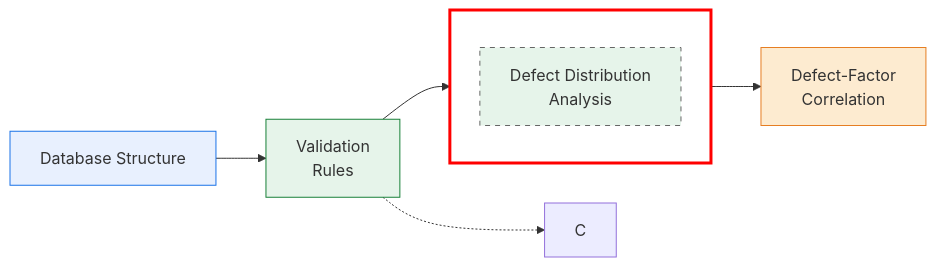
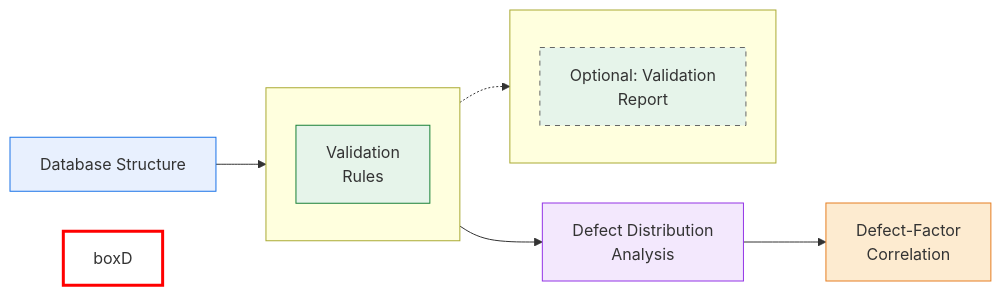
Before and after one commit to SewerDefectAnalysis/Defect_description: the diagram in README.md, drawn with Mermaid.

````diff
--- a/README.md
+++ b/README.md
@@ -9,33 +9,37 @@
 ```mermaid
 %%{init: {'flowchart': {'nodeSpacing': 40, 'rankSpacing': 50}}}%%
 flowchart LR
 
     A[Database Structure]:::data --> B[Validation<br/>Rules]:::validation
     B --> D[Defect Distribution<br/>Analysis]:::analysis
     D --> E[Defect-Factor<br/>Correlation]:::analysisP2
 
+    subgraph boxB[ ]
+        direction TB
+        B
+    end
 
-    subgraph boxD[ ]
+    subgraph boxC[ ]
         direction TB
-        D[Defect Distribution<br/>Analysis]:::optional
+        C[Optional: Validation<br/>Report]:::optional
     end
 
     style boxD stroke:#FF0000,stroke-width:3px,fill:none
 
     B -.-> C
 
 
     %% Click links
     click A "https://github.com/SewerDefectAnalysis/Database_Structure"
     click B "https://github.com/SewerDefectAnalysis/Data_validation"
     click C "https://github.com/SewerDefectAnalysis/Data_validation"
 
     %% Styles
     classDef data fill:#E8F0FE,stroke:#1A73E8
     classDef validation fill:#E6F4EA,stroke:#188038
     classDef analysis fill:#F3E8FD,stroke:#9334E6
     classDef analysisP2 fill:#FDEBD0,stroke:#E67E22
     classDef optional fill:#E6F4EA,stroke:#666666,stroke-dasharray: 5 5
 
 
 ```
````
